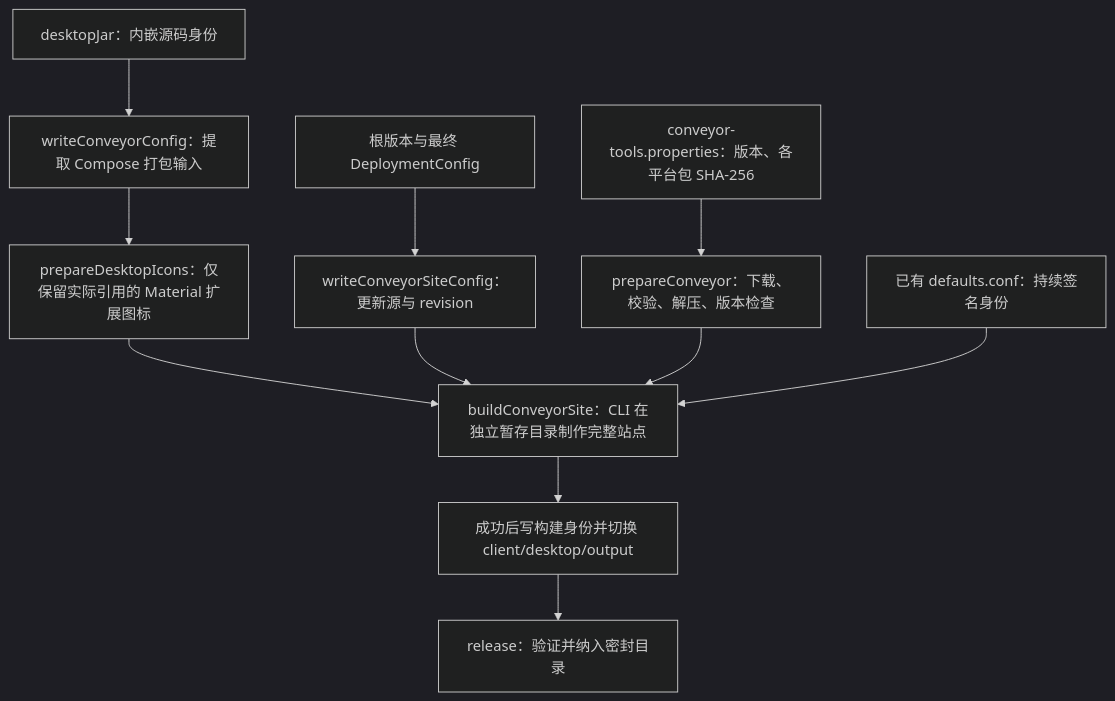
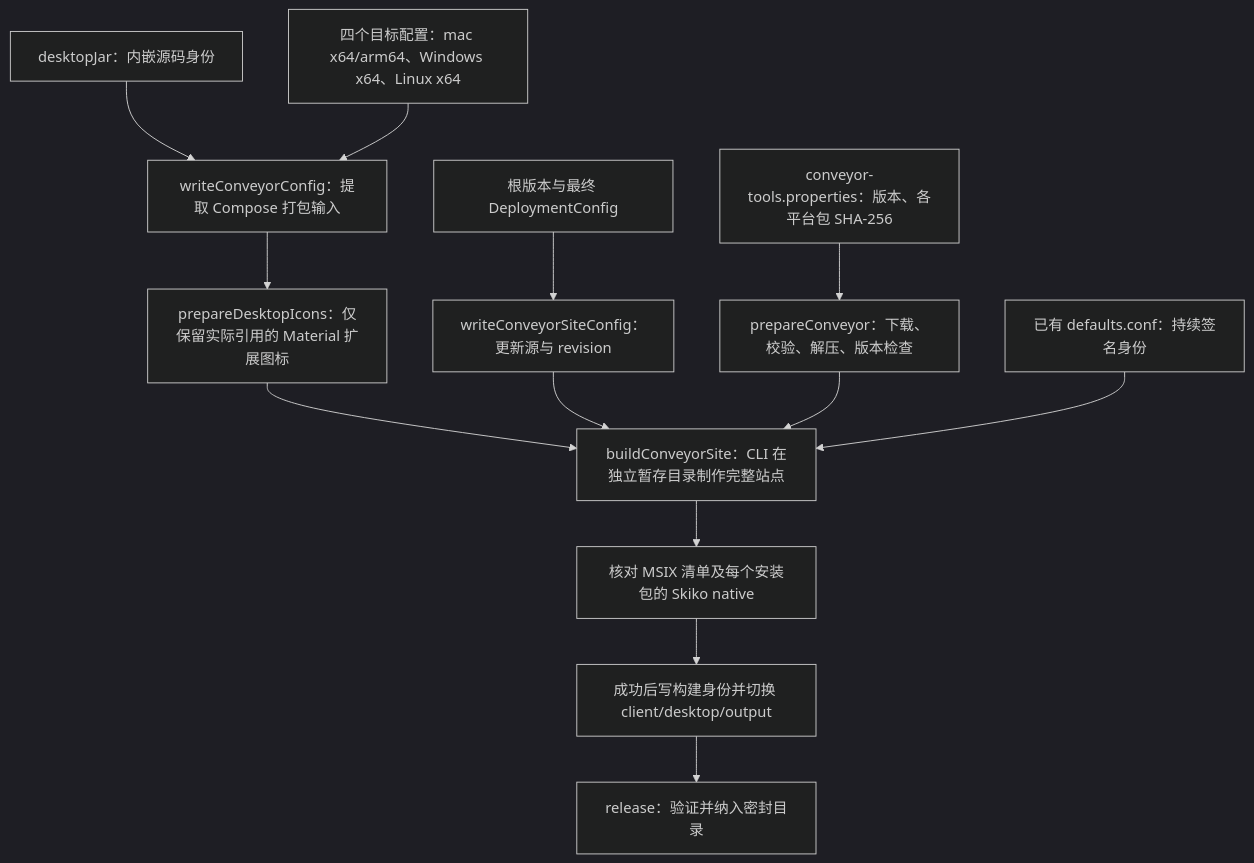
The diagram in doc/07-operations/desktop-cross-build.md (virjar/team-talk), drawn with Mermaid (dark theme) before and after one commit. The commit also changed other lines of this file and 21 other files, not shown here.

Commit message:
修复 MSIX 数据目录与跨平台 Skiko 打包

````diff
--- a/doc/07-operations/desktop-cross-build.md
+++ b/doc/07-operations/desktop-cross-build.md
@@ -13,13 +13,15 @@
 ```mermaid
 flowchart TD
     Jar["desktopJar：内嵌源码身份"] --> Extract["writeConveyorConfig：提取 Compose 打包输入"]
+    Targets["四个目标配置：mac x64/arm64、Windows x64、Linux x64"] --> Extract
     Version["根版本与最终 DeploymentConfig"] --> SiteConfig["writeConveyorSiteConfig：更新源与 revision"]
     Lock["conveyor-tools.properties：版本、各平台包 SHA-256"] --> Tool["prepareConveyor：下载、校验、解压、版本检查"]
     Extract --> Icons["prepareDesktopIcons：仅保留实际引用的 Material 扩展图标"]
     Icons --> Build["buildConveyorSite：CLI 在独立暂存目录制作完整站点"]
     SiteConfig --> Build
     Tool --> Build
     Signing["已有 defaults.conf：持续签名身份"] --> Build
-    Build --> Output["成功后写构建身份并切换 client/desktop/output"]
+    Build --> Check["核对 MSIX 清单及每个安装包的 Skiko native"]
+    Check --> Output["成功后写构建身份并切换 client/desktop/output"]
     Output --> Bundle["release：验证并纳入密封目录"]
 ```
````
